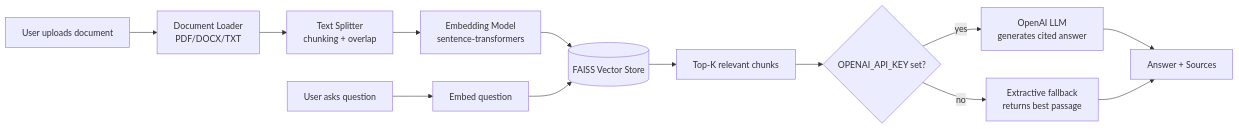
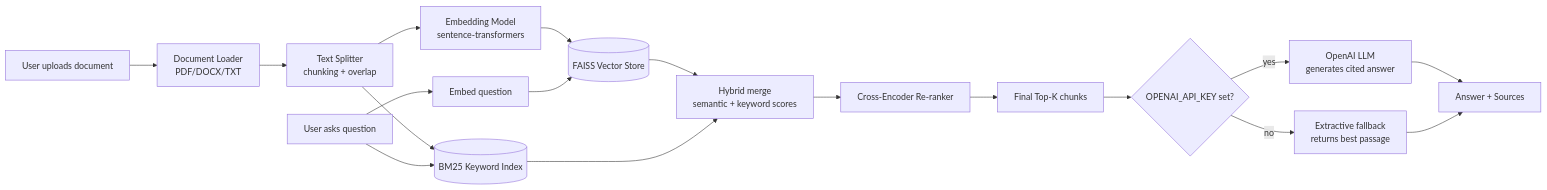
One commit to gokulakshay1086-cmd/RAG_Document_QA changed the diagram in README.md. Above: the diagram before and after it, drawn with Mermaid. The commit also changed other lines of this file and 8 other files, not shown here.

First line of the commit message:
Add hybrid search (BM25 + semantic) and cross-encoder re-ranking

````diff
--- a/README.md
+++ b/README.md
@@ -30,16 +32,21 @@
 ```mermaid
 flowchart LR
     A[User uploads document] --> B[Document Loader<br/>PDF/DOCX/TXT]
     B --> C[Text Splitter<br/>chunking + overlap]
     C --> D[Embedding Model<br/>sentence-transformers]
     D --> E[(FAISS Vector Store)]
+    C --> M[(BM25 Keyword Index)]
 
     F[User asks question] --> G[Embed question]
     G --> E
-    E --> H[Top-K relevant chunks]
+    F --> M
+    E --> N[Hybrid merge<br/>semantic + keyword scores]
+    M --> N
+    N --> O[Cross-Encoder Re-ranker]
+    O --> H[Final Top-K chunks]
     H --> I{OPENAI_API_KEY set?}
     I -- yes --> J[OpenAI LLM<br/>generates cited answer]
     I -- no --> K[Extractive fallback<br/>returns best passage]
     J --> L[Answer + Sources]
     K --> L
 ```
````
